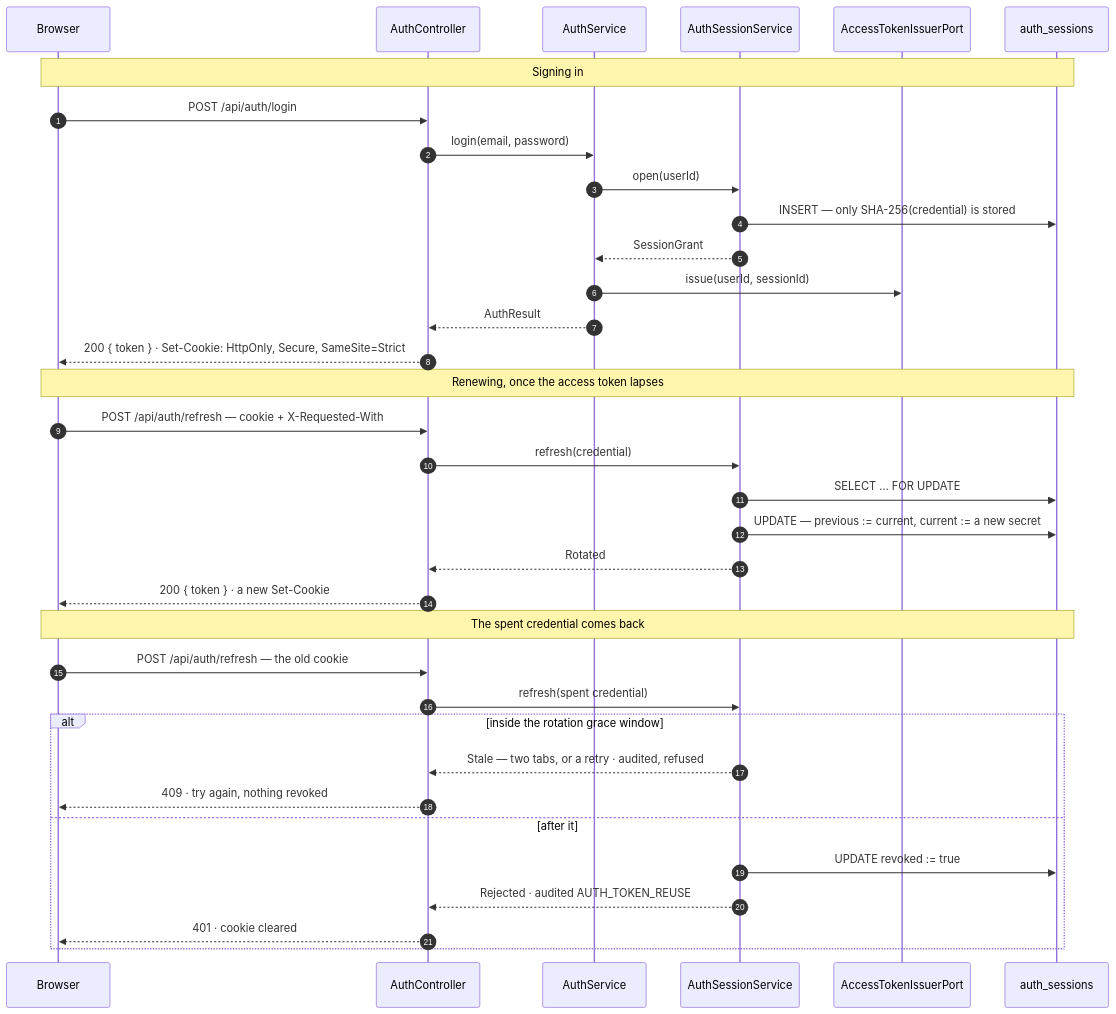
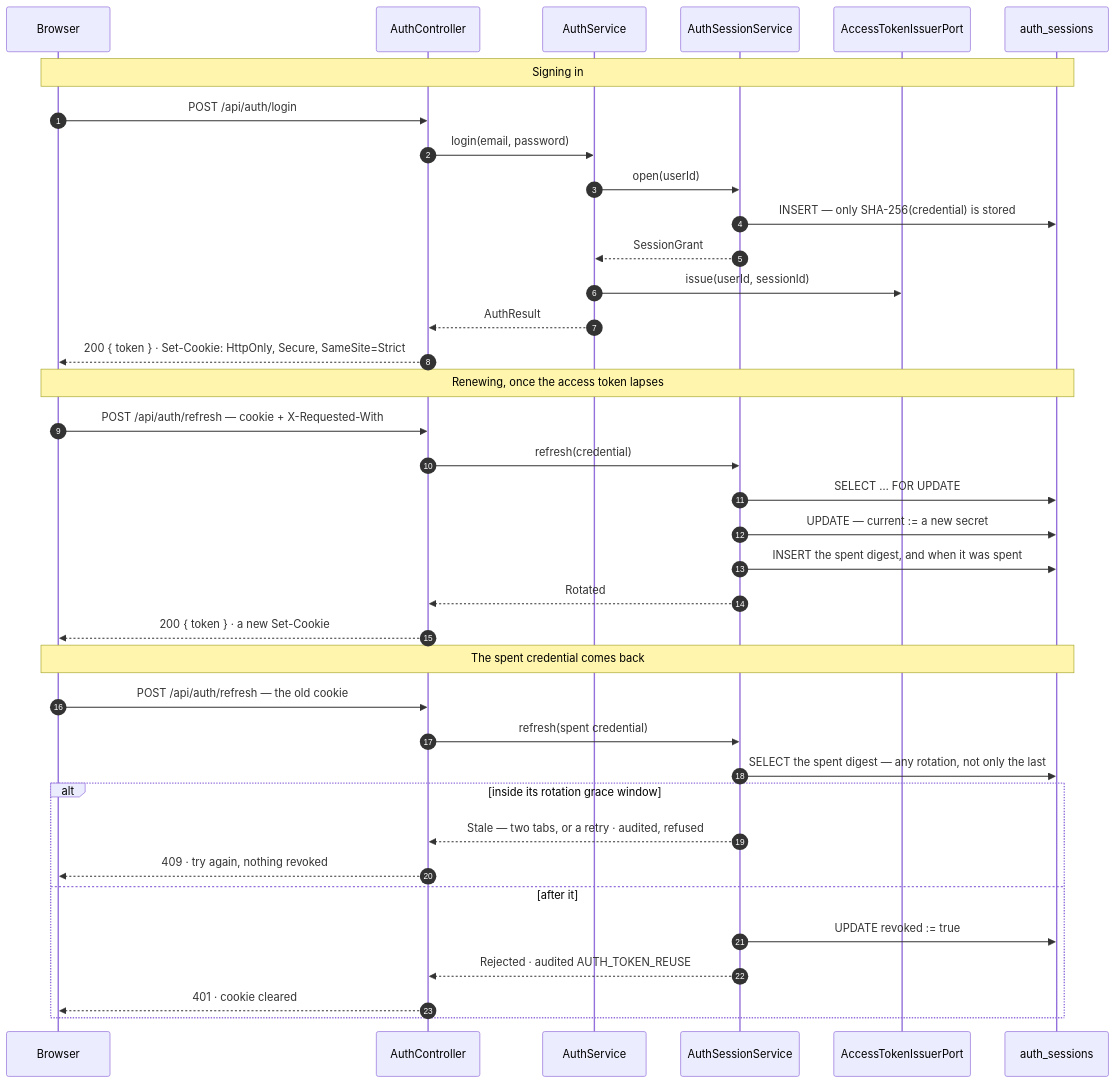
The diagram in docs/architecture/architecture.md (NaimElijah/UpHealther), drawn with Mermaid before and after one commit. The commit also changed other lines of this file and 12 other files, not shown here.

````diff
--- a/docs/architecture/architecture.md
+++ b/docs/architecture/architecture.md
@@ -386,40 +386,42 @@
 ```mermaid
 sequenceDiagram
     autonumber
     participant B as Browser
     participant C as AuthController
     participant A as AuthService
     participant S as AuthSessionService
     participant J as AccessTokenIssuerPort
     participant DB as auth_sessions
 
     Note over B,DB: Signing in
     B->>C: POST /api/auth/login
     C->>A: login(email, password)
     A->>S: open(userId)
     S->>DB: INSERT — only SHA-256(credential) is stored
     S-->>A: SessionGrant
     A->>J: issue(userId, sessionId)
     A-->>C: AuthResult
     C-->>B: 200 { token } · Set-Cookie: HttpOnly, Secure, SameSite=Strict
 
     Note over B,DB: Renewing, once the access token lapses
     B->>C: POST /api/auth/refresh — cookie + X-Requested-With
     C->>S: refresh(credential)
     S->>DB: SELECT … FOR UPDATE
-    S->>DB: UPDATE — previous := current, current := a new secret
+    S->>DB: UPDATE — current := a new secret
+    S->>DB: INSERT the spent digest, and when it was spent
     S-->>C: Rotated
     C-->>B: 200 { token } · a new Set-Cookie
 
     Note over B,DB: The spent credential comes back
     B->>C: POST /api/auth/refresh — the old cookie
     C->>S: refresh(spent credential)
-    alt inside the rotation grace window
+    S->>DB: SELECT the spent digest — any rotation, not only the last
+    alt inside its rotation grace window
         S-->>C: Stale — two tabs, or a retry · audited, refused
         C-->>B: 409 · try again, nothing revoked
     else after it
         S->>DB: UPDATE revoked := true
         S-->>C: Rejected · audited AUTH_TOKEN_REUSE
         C-->>B: 401 · cookie cleared
     end
 ```
````
